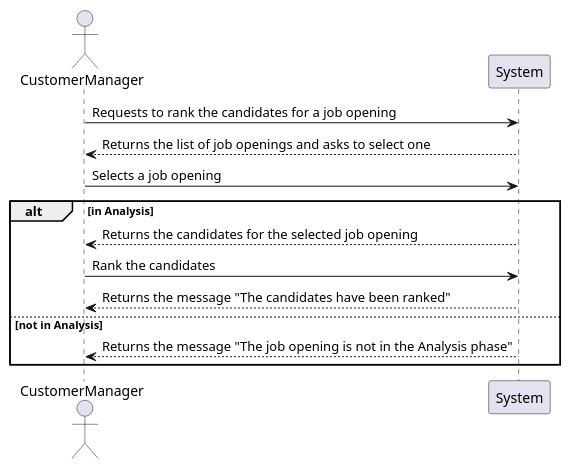
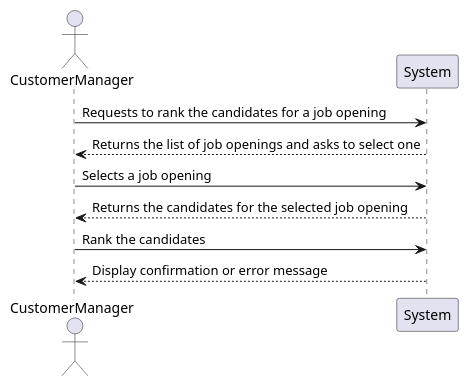
One commit to Mendoncaa/LAPR4 changed the diagram in docs/sprintC/US1013/01.requirements-engineering/puml/SSD.puml. Above: the diagram before and after it, drawn with PlantUML. The commit also changed 5 other files, not shown here.

Commit message:
#39 Sequence Diagram and System sequence diagram done to us 1013

```diff
--- a/docs/sprintC/US1013/01.requirements-engineering/puml/SSD.puml
+++ b/docs/sprintC/US1013/01.requirements-engineering/puml/SSD.puml
@@ -1,17 +1,12 @@
 @startuml
 actor CustomerManager as CM
 participant System
 
 CM -> System : Requests to rank the candidates for a job opening
 System --> CM : Returns the list of job openings and asks to select one
 CM -> System : Selects a job opening
 
-alt in Analysis
-    System --> CM : Returns the candidates for the selected job opening
-    CM -> System : Rank the candidates
-    System --> CM : Returns the message "The candidates have been ranked"
-
-else not in Analysis
-    System --> CM : Returns the message "The job opening is not in the Analysis phase"
-end
+System --> CM : Returns the candidates for the selected job opening
+CM -> System : Rank the candidates
+System --> CM : Display confirmation or error message
 @enduml
```
